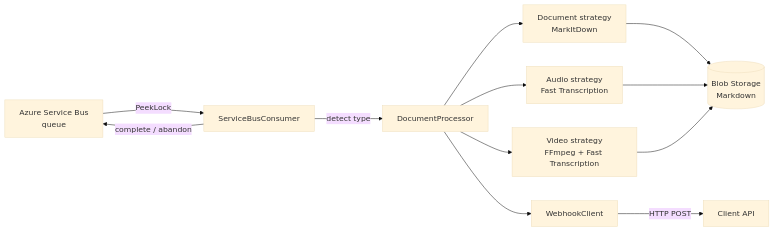
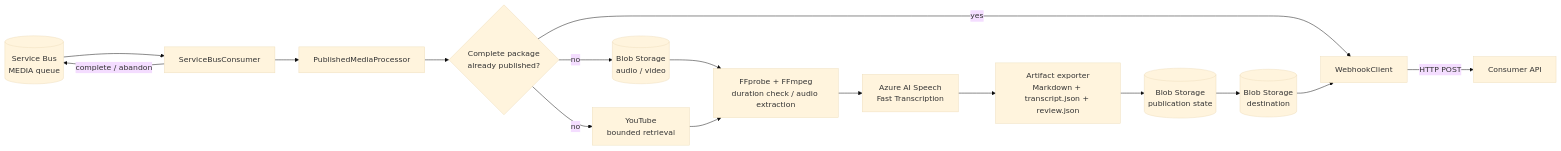
One commit to alvarocaballero/akay-convert-to-markdown changed the second of 3 diagrams in README.md. Above: the diagram before and after it, drawn with Mermaid (base theme). The commit also changed other lines of this file and 154 other files, not shown here.

````diff
--- a/README.md
+++ b/README.md
@@ -31,14 +107,18 @@
 ```mermaid
 flowchart LR
-    SB[Azure Service Bus\nqueue] -- PeekLock --> C[ServiceBusConsumer]
-    C -- detect type --> P[DocumentProcessor]
-    P --> DOC[Document strategy\nMarkItDown]
-    P --> AUD[Audio strategy\nFast Transcription]
-    P --> VID[Video strategy\nFFmpeg + Fast Transcription]
-    DOC --> DST[(Blob Storage\nMarkdown)]
-    AUD --> DST
-    VID --> DST
-    P --> W[WebhookClient]
-    W -- HTTP POST --> BE[Client API]
-    C -- complete / abandon --> SB
+    Q[(Service Bus<br/>MEDIA queue)] --> C[ServiceBusConsumer]
+    C --> P[PublishedMediaProcessor]
+    P --> R{Complete package<br/>already published?}
+    R -- yes --> W[WebhookClient]
+    R -- no --> B[(Blob Storage<br/>audio / video)]
+    R -- no --> Y[YouTube<br/>bounded retrieval]
+    B --> F[FFprobe + FFmpeg<br/>duration check / audio extraction]
+    Y --> F
+    F --> T[Azure AI Speech<br/>Fast Transcription]
+    T --> X[Artifact exporter<br/>Markdown + transcript.json + review.json]
+    X --> S[(Blob Storage<br/>publication state)]
+    S --> O[(Blob Storage<br/>destination)]
+    O --> W
+    W -- HTTP POST --> A[Consumer API]
+    C -- complete / abandon --> Q
 ```
````
